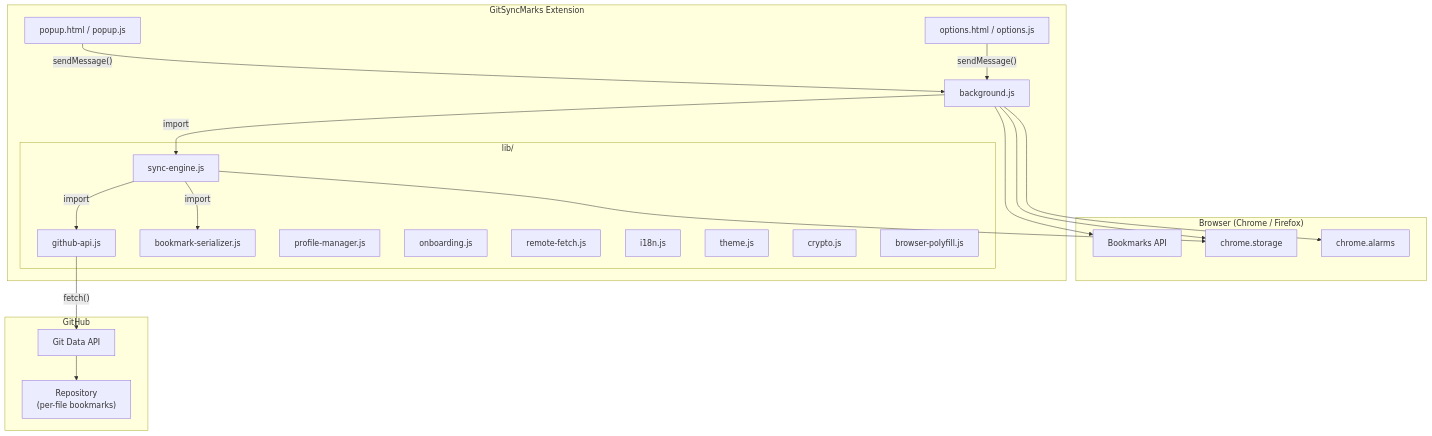
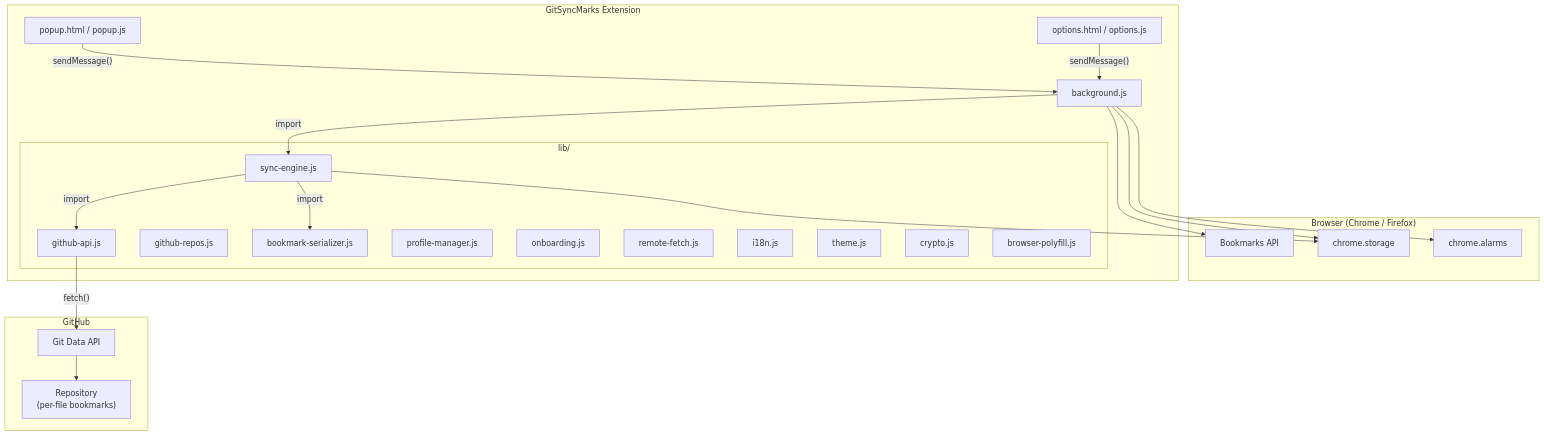
The diagram in docs/ARCHITECTURE.md (d0dg3r/GitSyncMarks), drawn with Mermaid before and after one commit. The commit also changed other lines of this file and 18 other files, not shown here.

````diff
--- a/docs/ARCHITECTURE.md
+++ b/docs/ARCHITECTURE.md
@@ -7,43 +7,44 @@
 ```mermaid
 flowchart TB
     subgraph Browser["Browser (Chrome / Firefox)"]
         BM["Bookmarks API"]
         Storage["chrome.storage"]
         Alarms["chrome.alarms"]
     end
 
     subgraph Extension["GitSyncMarks Extension"]
         BG["background.js"]
         Popup["popup.html / popup.js"]
         Options["options.html / options.js"]
         subgraph Lib["lib/"]
             SE["sync-engine.js"]
             GH["github-api.js"]
+            GR["github-repos.js"]
             BS["bookmark-serializer.js"]
             PM["profile-manager.js"]
             OB["onboarding.js"]
             RF["remote-fetch.js"]
             I18N["i18n.js"]
             Theme["theme.js"]
             Crypto["crypto.js"]
             Polyfill["browser-polyfill.js"]
         end
     end
 
     subgraph Remote["GitHub"]
         GitAPI["Git Data API"]
         Repo["Repository\n(per-file bookmarks)"]
     end
 
     Popup -- "sendMessage()" --> BG
     Options -- "sendMessage()" --> BG
     BG -- "import" --> SE
     SE -- "import" --> GH
     SE -- "import" --> BS
     BG --> BM
     BG --> Storage
     BG --> Alarms
     SE --> Storage
     GH -- "fetch()" --> GitAPI
     GitAPI --> Repo
 ```
````
